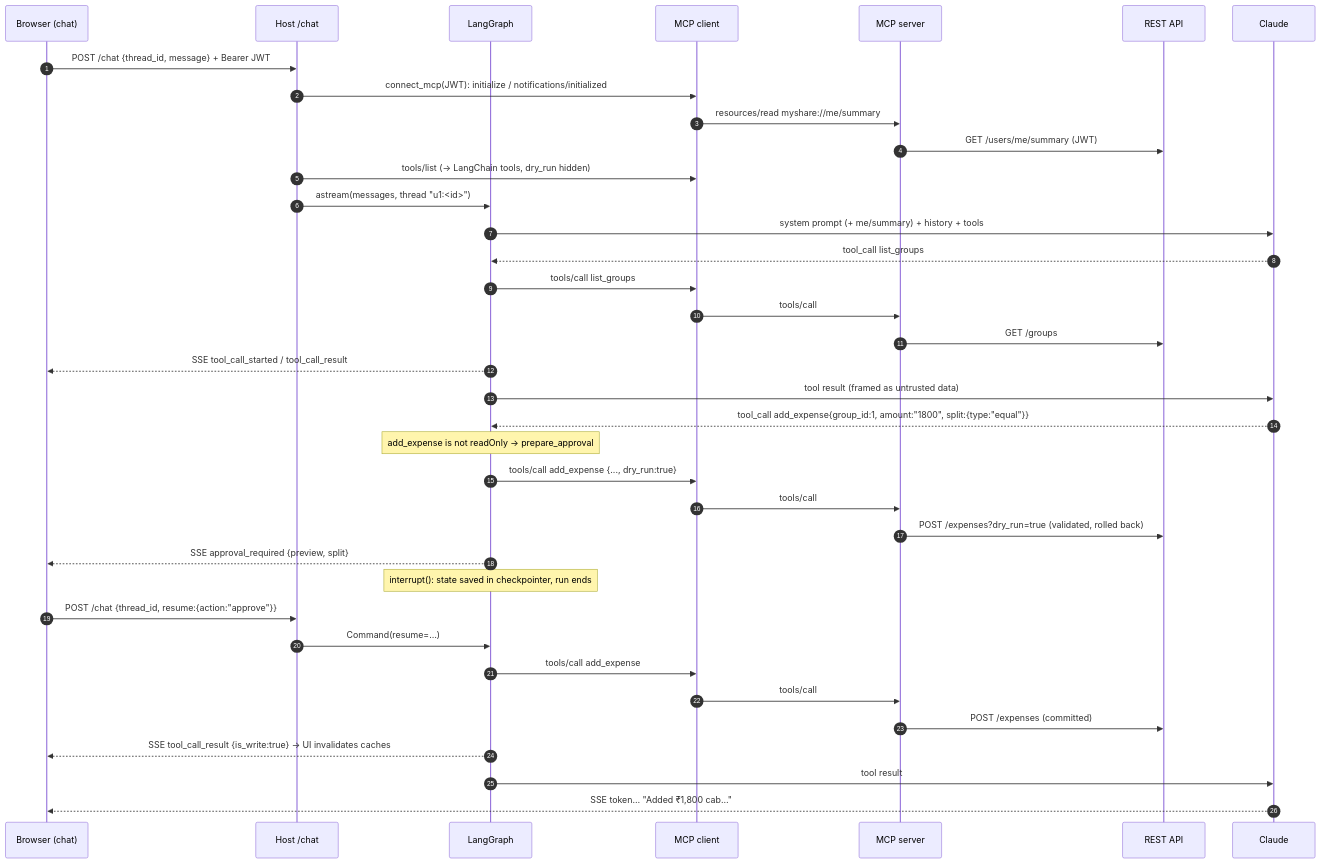
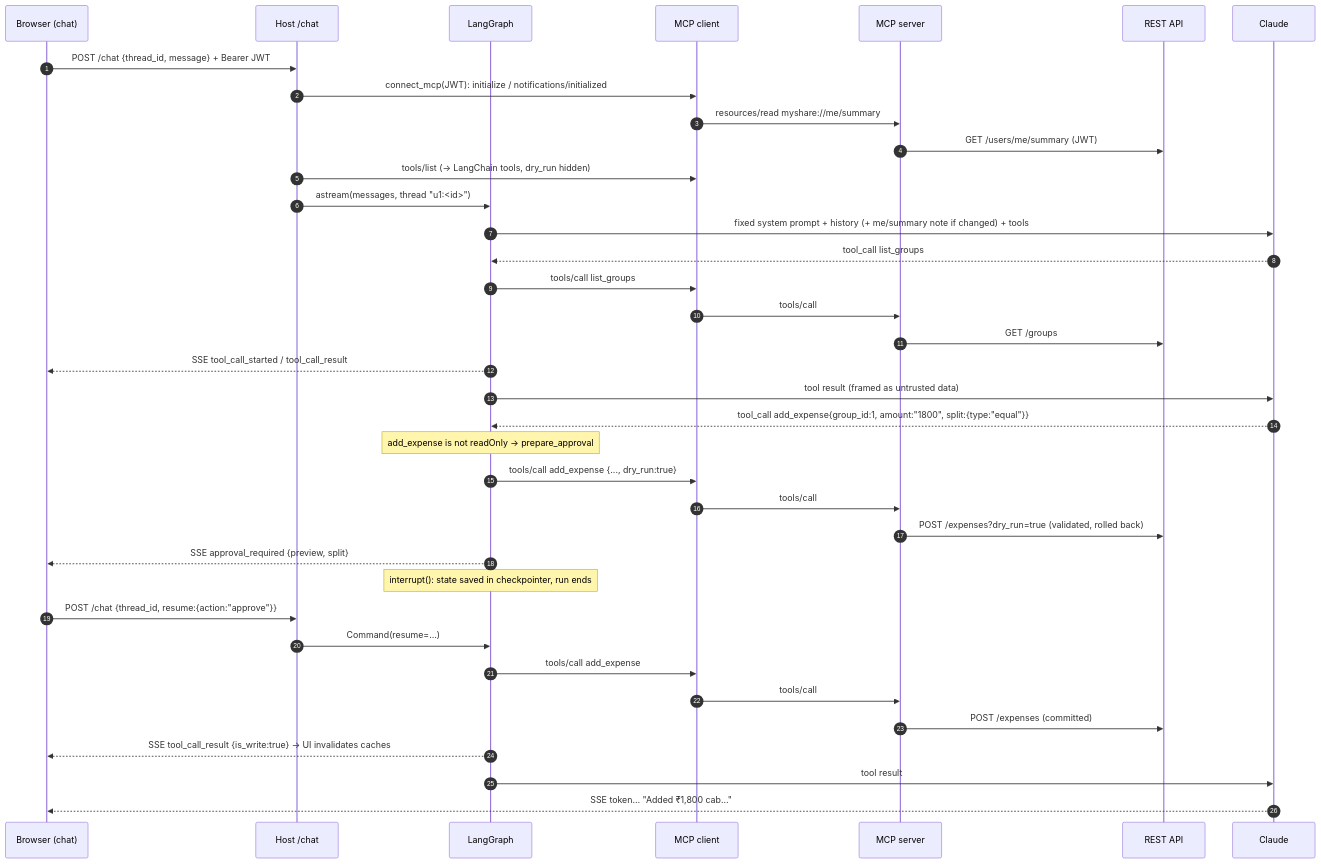
One commit to sunilsamsonsuresh/myshare changed the second of 4 diagrams in docs/ARCHITECTURE.md. Above: the diagram before and after it, drawn with Mermaid. The commit also changed other lines of this file and 18 other files, not shown here.

First line of the commit message:
Add LangSmith tracing; keep the system prompt stable across turns

````diff
--- a/docs/ARCHITECTURE.md
+++ b/docs/ARCHITECTURE.md
@@ -46,40 +46,40 @@
 ```mermaid
 sequenceDiagram
     autonumber
     participant U as Browser (chat)
     participant H as Host /chat
     participant G as LangGraph
     participant C as MCP client
     participant S as MCP server
     participant A as REST API
     participant L as Claude
 
     U->>H: POST /chat {thread_id, message} + Bearer JWT
     H->>C: connect_mcp(JWT): initialize / notifications/initialized
     C->>S: resources/read myshare://me/summary
     S->>A: GET /users/me/summary (JWT)
     H->>C: tools/list (→ LangChain tools, dry_run hidden)
     H->>G: astream(messages, thread "u1:<id>")
-    G->>L: system prompt (+ me/summary) + history + tools
+    G->>L: fixed system prompt + history (+ me/summary note if changed) + tools
     L-->>G: tool_call list_groups
     G->>C: tools/call list_groups
     C->>S: tools/call
     S->>A: GET /groups
     G-->>U: SSE tool_call_started / tool_call_result
     G->>L: tool result (framed as untrusted data)
     L-->>G: tool_call add_expense{group_id:1, amount:"1800", split:{type:"equal"}}
     Note over G: add_expense is not readOnly → prepare_approval
     G->>C: tools/call add_expense {..., dry_run:true}
     C->>S: tools/call
     S->>A: POST /expenses?dry_run=true (validated, rolled back)
     G-->>U: SSE approval_required {preview, split}
     Note over G: interrupt(): state saved in checkpointer, run ends
     U->>H: POST /chat {thread_id, resume:{action:"approve"}}
     H->>G: Command(resume=…)
     G->>C: tools/call add_expense
     C->>S: tools/call
     S->>A: POST /expenses (committed)
     G-->>U: SSE tool_call_result {is_write:true} → UI invalidates caches
     G->>L: tool result
     L-->>U: SSE token… "Added ₹1,800 cab…"
 ```
````
